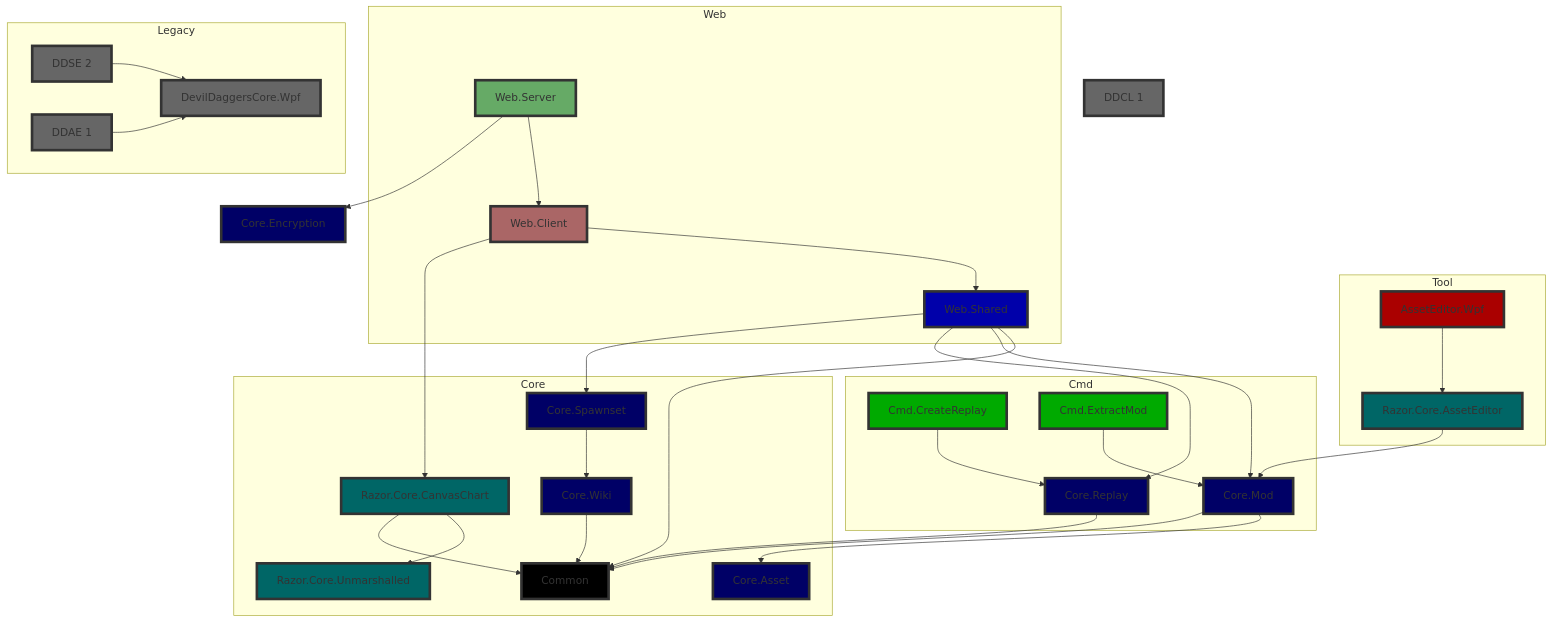
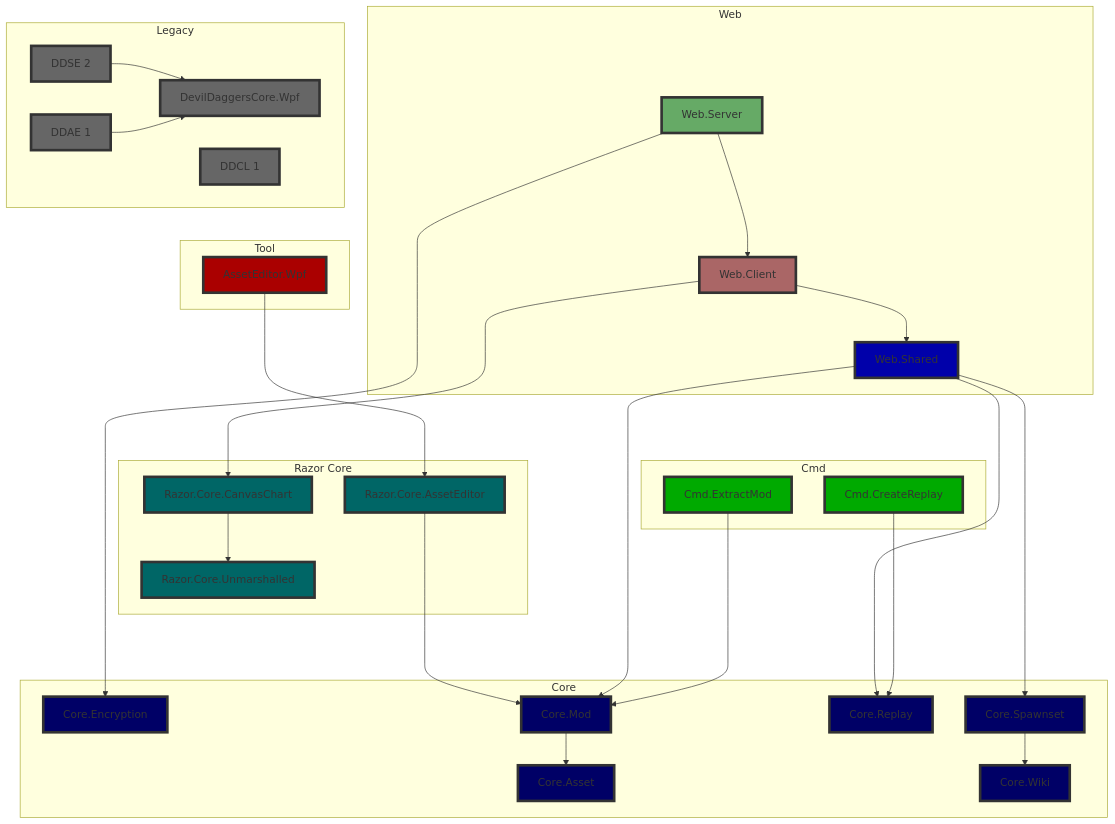
One commit to NoahStolk/ddinfo-web changed the first of 2 diagrams in docs/architecture.md. Above: the diagram before and after it, drawn with Mermaid. The commit also changed other lines of this file, not shown here.

````diff
--- a/docs/architecture.md
+++ b/docs/architecture.md
@@ -20,10 +20,8 @@
 ```mermaid
 flowchart TD;
-
     asseteditor_wpf[AssetEditor.Wpf]
     cmd_createreplay[Cmd.CreateReplay]
     cmd_extractmod[Cmd.ExtractMod]
-    common[Common]
     core_asset[Core.Asset]
     core_encryption[Core.Encryption]
     core_mod[Core.Mod]
@@ -37,73 +35,68 @@
     web_server[Web.Server]
     web_shared[Web.Shared]
 	
+	ddse_legacy[DDSE 2]
+	ddcl_legacy[DDCL 1]
+	ddae_legacy[DDAE 1]
+	ddcore_legacy[DevilDaggersCore.Wpf]
+
 	class asseteditor_wpf ui;
 	class cmd_createreplay,cmd_extractmod cmd;
-	class common common;
 	class core_asset,core_encryption,core_mod,core_replay,core_spawnset,core_wiki core;
 	class razor_core_asseteditor,razor_core_canvaschart,razor_core_unmarshalled razor_core;
 	class web_client web_client;
 	class web_server web_server;
 	class web_shared web_shared;
 
+	class ddse_legacy,ddcl_legacy,ddae_legacy,ddcore_legacy legacy;
+
     classDef ui fill:#a00,stroke:#333,stroke-width:4px;
     classDef cmd fill:#0a0,stroke:#333,stroke-width:4px;
-    classDef common fill:#000,stroke:#333,stroke-width:4px;
     classDef core fill:#006,stroke:#333,stroke-width:4px;
     classDef razor_core fill:#066,stroke:#333,stroke-width:4px;
     classDef web_client fill:#a66,stroke:#333,stroke-width:4px;
     classDef web_server fill:#6a6,stroke:#333,stroke-width:4px;
     classDef web_shared fill:#00a,stroke:#333,stroke-width:4px;
 
+	classDef legacy fill:#666,stroke:#333,stroke-width:4px;
+
+	subgraph Core
+        core_encryption
+        core_replay
+
+		core_mod --> core_asset
+		core_spawnset --> core_wiki
+	end
+
+    subgraph Razor Core
+		razor_core_asseteditor ----> core_mod
+		razor_core_canvaschart --> razor_core_unmarshalled
+    end
+
+	subgraph Web
+        web_client ----> razor_core_canvaschart
+		web_client --> web_shared
+        
+        web_server --> core_encryption
+		web_server --> web_client
+        
+        web_shared ----> core_mod
+        web_shared ----> core_replay
+        web_shared ----> core_spawnset
+	end
+	
 	subgraph Tool
-		asseteditor_wpf --> razor_core_asseteditor
+		asseteditor_wpf ----> razor_core_asseteditor
 	end
 
 	subgraph Cmd
-		cmd_createreplay --> core_replay
-		cmd_extractmod --> core_mod
+		cmd_createreplay ----> core_replay
+		cmd_extractmod ----> core_mod
 	end
 	
-	subgraph Core
-		core_mod --> core_asset
-		core_mod --> common
-	
-		core_replay --> common
-	
-		core_spawnset --> core_wiki
-	
-		core_wiki --> common
-	
-		razor_core_asseteditor --> core_mod
-	
-		razor_core_canvaschart --> razor_core_unmarshalled
-		razor_core_canvaschart --> common
-	end
-	
-	subgraph Web
-		web_client --> web_shared
-		web_server --> web_client
-	end
-	
-	web_server --> core_encryption
-	
-	web_client --> razor_core_canvaschart
-	
-	web_shared --> common
-	web_shared --> core_mod
-	web_shared --> core_replay
-	web_shared --> core_spawnset
-	
-	ddse_legacy[DDSE 2]
-	ddcl_legacy[DDCL 1]
-	ddae_legacy[DDAE 1]
-	ddcore_legacy[DevilDaggersCore.Wpf]
+	subgraph Legacy
+        ddcl_legacy
 
-	class ddse_legacy,ddcl_legacy,ddae_legacy,ddcore_legacy legacy;
-
-	classDef legacy fill:#666,stroke:#333,stroke-width:4px;
-	
-	subgraph Legacy
 		ddse_legacy --> ddcore_legacy
 		ddae_legacy --> ddcore_legacy
 	end
````
